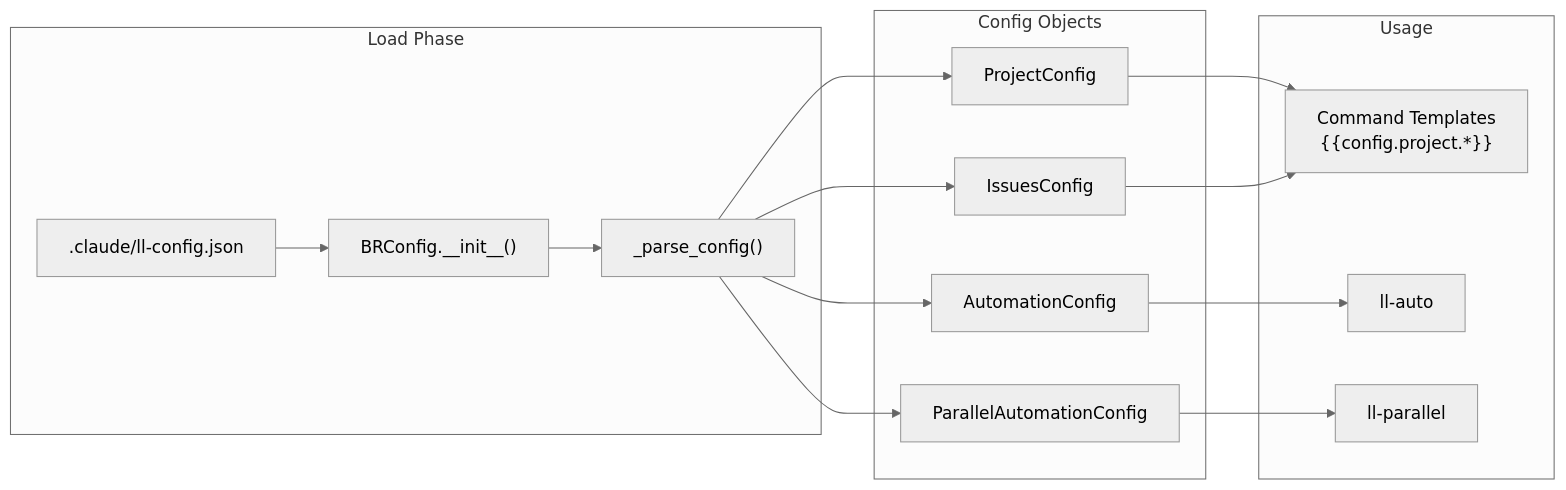
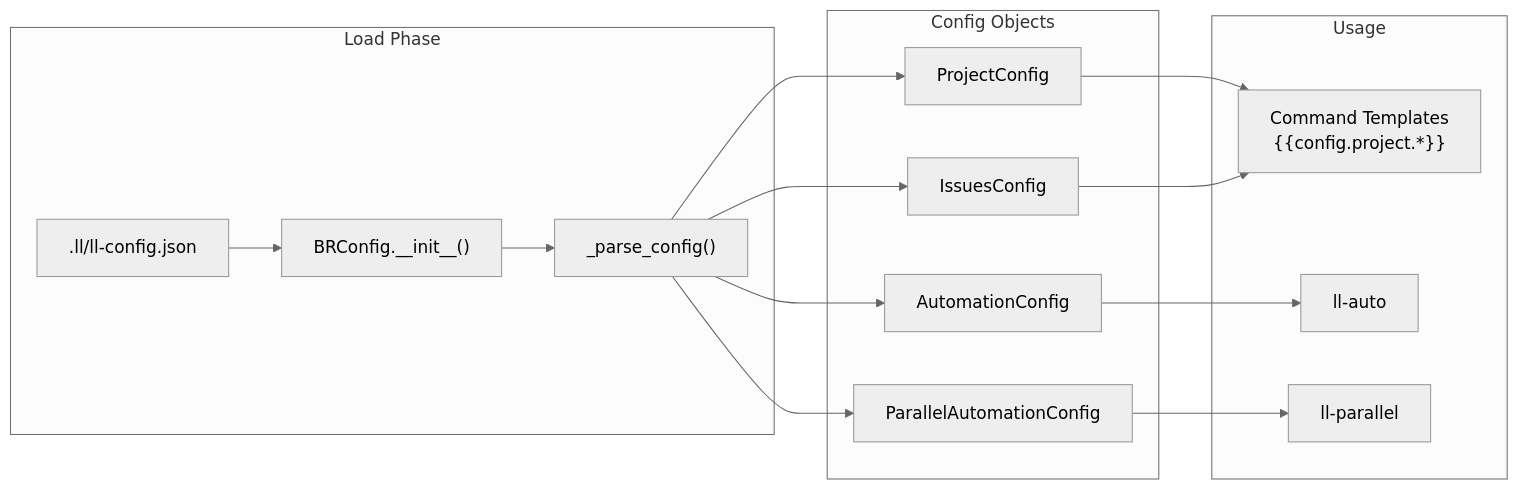
The sixth of 13 diagrams in docs/ARCHITECTURE.md (BrennonTWilliams/little-loops), drawn with Mermaid (neutral theme) before and after one commit. The commit also changed other lines of this file and 107 other files, not shown here.

First line of the commit message:
refactor(config): migrate ll runtime files from .claude/ to .ll/

````diff
--- a/docs/ARCHITECTURE.md
+++ b/docs/ARCHITECTURE.md
@@ -518,32 +518,32 @@
 ```mermaid
 flowchart LR
     subgraph Load["Load Phase"]
-        JSON[".claude/ll-config.json"]
+        JSON[".ll/ll-config.json"]
         INIT["BRConfig.__init__()"]
         PARSE["_parse_config()"]
     end
 
     subgraph Objects["Config Objects"]
         PC[ProjectConfig]
         IC[IssuesConfig]
         AC[AutomationConfig]
         PAC[ParallelAutomationConfig]
     end
 
     subgraph Usage["Usage"]
         CMD["Command Templates<br/>{{config.project.*}}"]
         AUTO_CLI["ll-auto"]
         PAR_CLI["ll-parallel"]
     end
 
     JSON --> INIT
     INIT --> PARSE
     PARSE --> PC
     PARSE --> IC
     PARSE --> AC
     PARSE --> PAC
     PC --> CMD
     IC --> CMD
     AC --> AUTO_CLI
     PAC --> PAR_CLI
 ```
````
